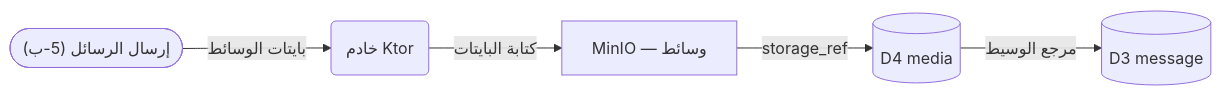
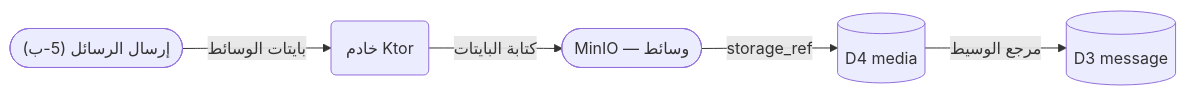
One commit to Bassam-mohammed-alqaeadi/family-os-v2 changed diagram 20 of 27 in docs/family-os/governance/phases/phase-1/S1-08-chat-basic/DIAGRAMS.md. Above: the diagram before and after it, drawn with Mermaid. The commit also changed other lines of this file, not shown here.

````diff
--- a/docs/family-os/governance/phases/phase-1/S1-08-chat-basic/DIAGRAMS.md
+++ b/docs/family-os/governance/phases/phase-1/S1-08-chat-basic/DIAGRAMS.md
@@ -775,13 +777,13 @@
 ```mermaid
 flowchart LR
     P2x(["إرسال الرسائل (5-ب)"])
     Ktor(خادم Ktor)
-    MinIO[MinIO — وسائط]
+    MinIO([MinIO — وسائط])
     D4[(D4 media)]
     D3[(D3 message)]
 
     P2x -->|بايتات الوسائط| Ktor
     Ktor -->|كتابة البايتات| MinIO
     MinIO -->|storage_ref| D4
     D4 -->|مرجع الوسيط| D3
 ```
````
